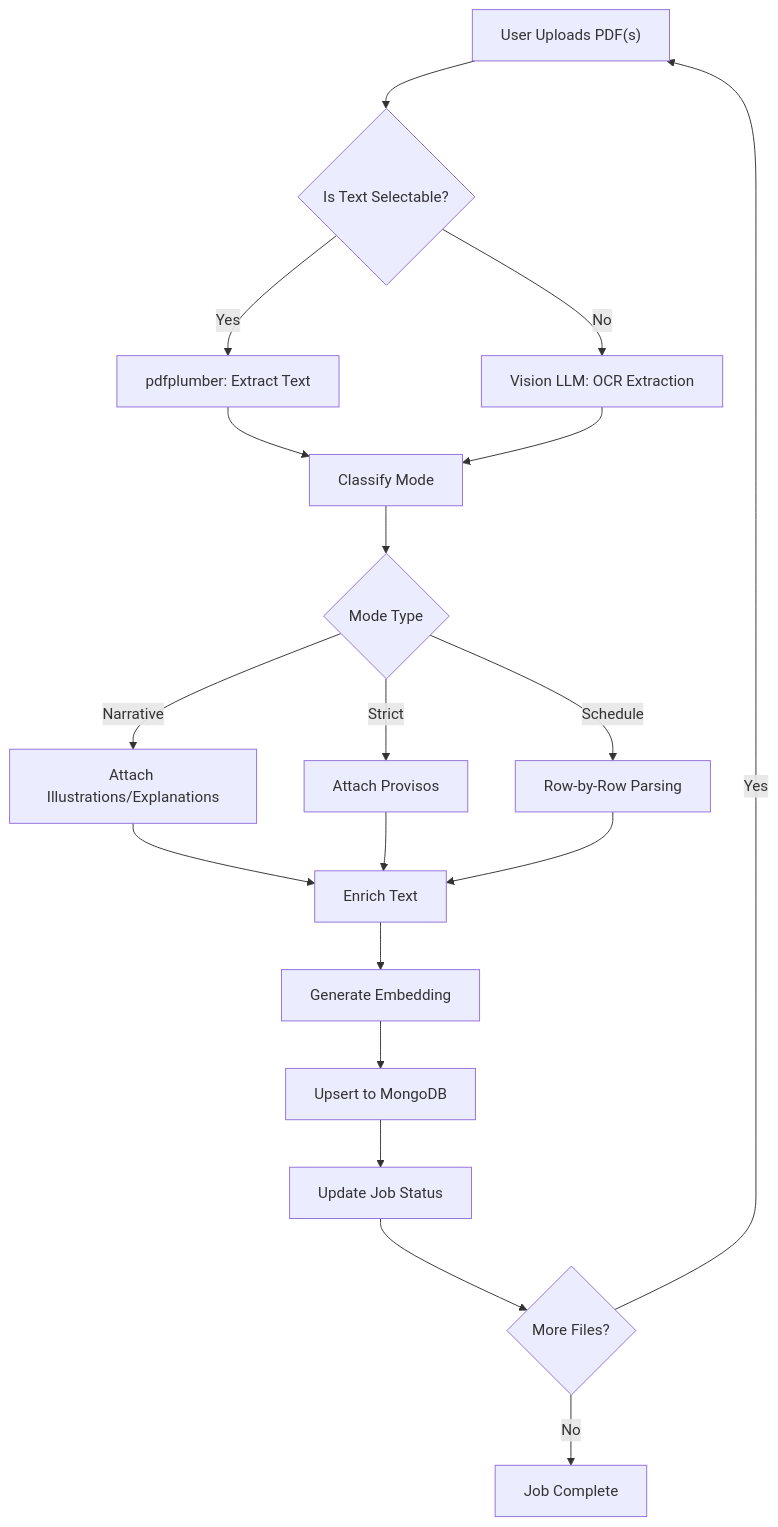
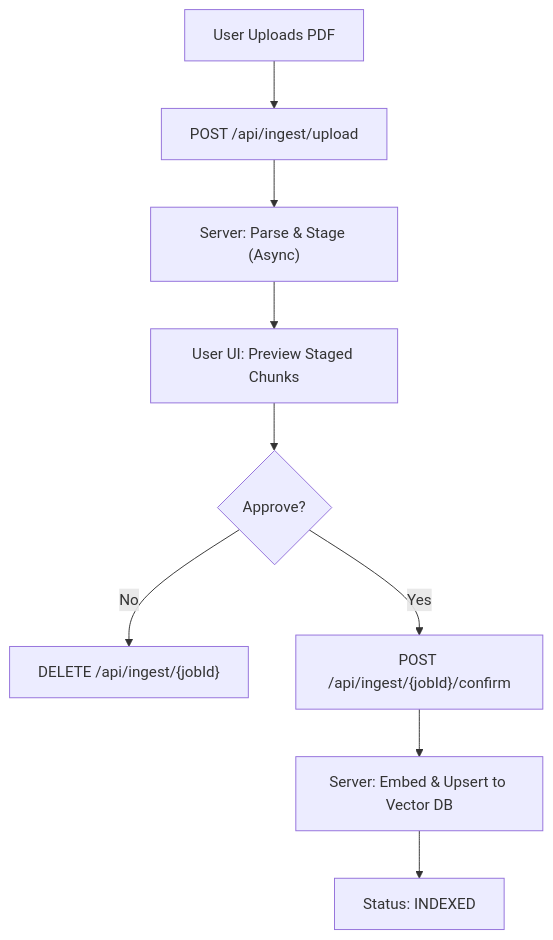
One commit to cvignesh/Legal_Assistant changed the second of 10 diagrams in DESIGN.md. Above: the diagram before and after it, drawn with Mermaid. The commit also changed other lines of this file and 40 other files, not shown here.

Commit message:
feat: Complete PDF Chunking POC, Cleanup Legacy Scripts (Excluding Large Data)

````diff
--- a/DESIGN.md
+++ b/DESIGN.md
@@ -319,21 +323,11 @@
 ```mermaid
 flowchart TD
-    A["User Uploads PDF(s)"] --> B{"Is Text Selectable?"}
-    B -- Yes --> C["pdfplumber: Extract Text"]
-    B -- No --> D["Vision LLM: OCR Extraction"]
-    C --> E["Classify Mode"]
-    D --> E
-    E --> F{"Mode Type"}
-    F -- Narrative --> G["Attach Illustrations/Explanations"]
-    F -- Strict --> H["Attach Provisos"]
-    F -- Schedule --> I["Row-by-Row Parsing"]
-    G --> J["Enrich Text"]
-    H --> J
-    I --> J
-    J --> K["Generate Embedding"]
-    K --> L["Upsert to MongoDB"]
-    L --> M["Update Job Status"]
-    M --> N{"More Files?"}
-    N -- Yes --> A
-    N -- No --> O["Job Complete"]
+    A["User Uploads PDF"] --> B["POST /api/ingest/upload"]
+    B --> C["Server: Parse & Stage (Async)"]
+    C --> D["User UI: Preview Staged Chunks"]
+    D --> E{Approve?}
+    E -- No --> F["DELETE /api/ingest/{jobId}"]
+    E -- Yes --> G["POST /api/ingest/{jobId}/confirm"]
+    G --> H["Server: Embed & Upsert to Vector DB"]
+    H --> I["Status: INDEXED"]
 ```
````
